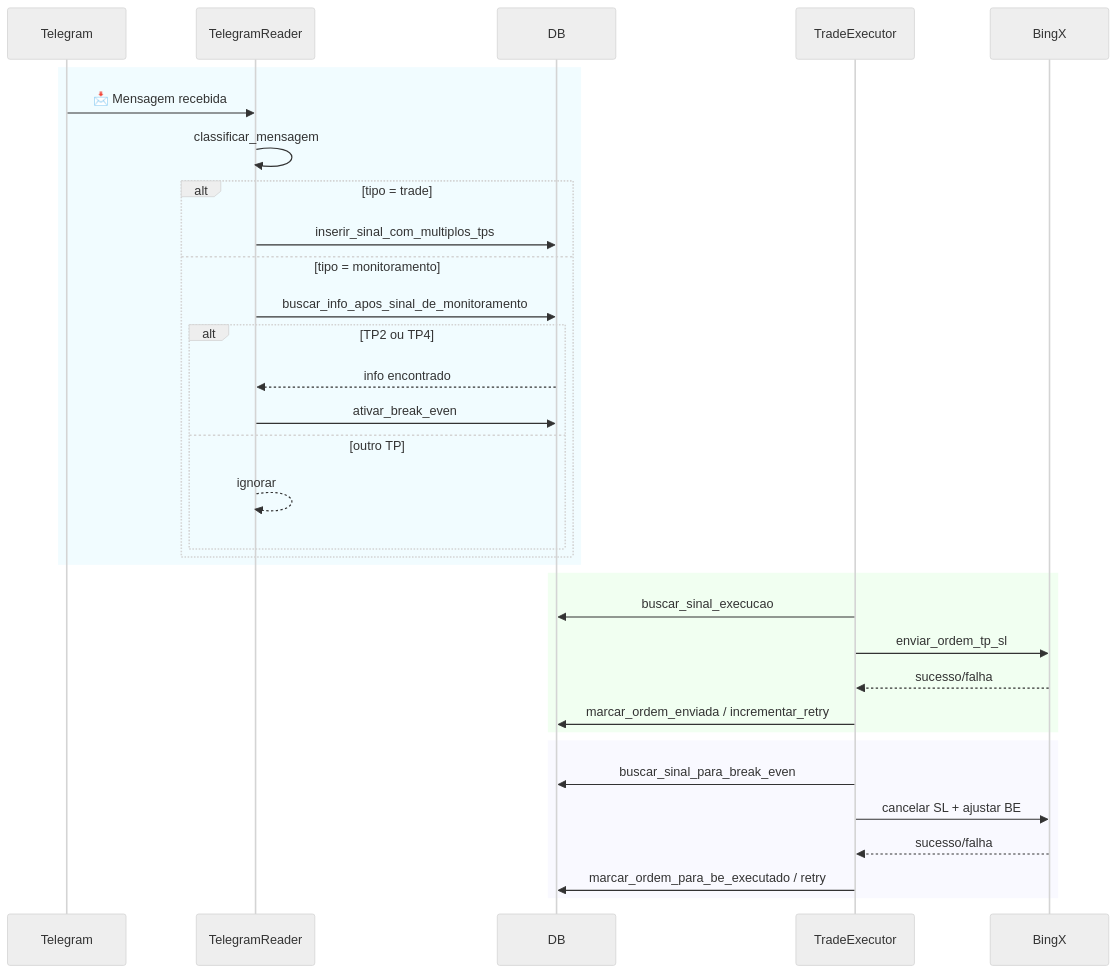
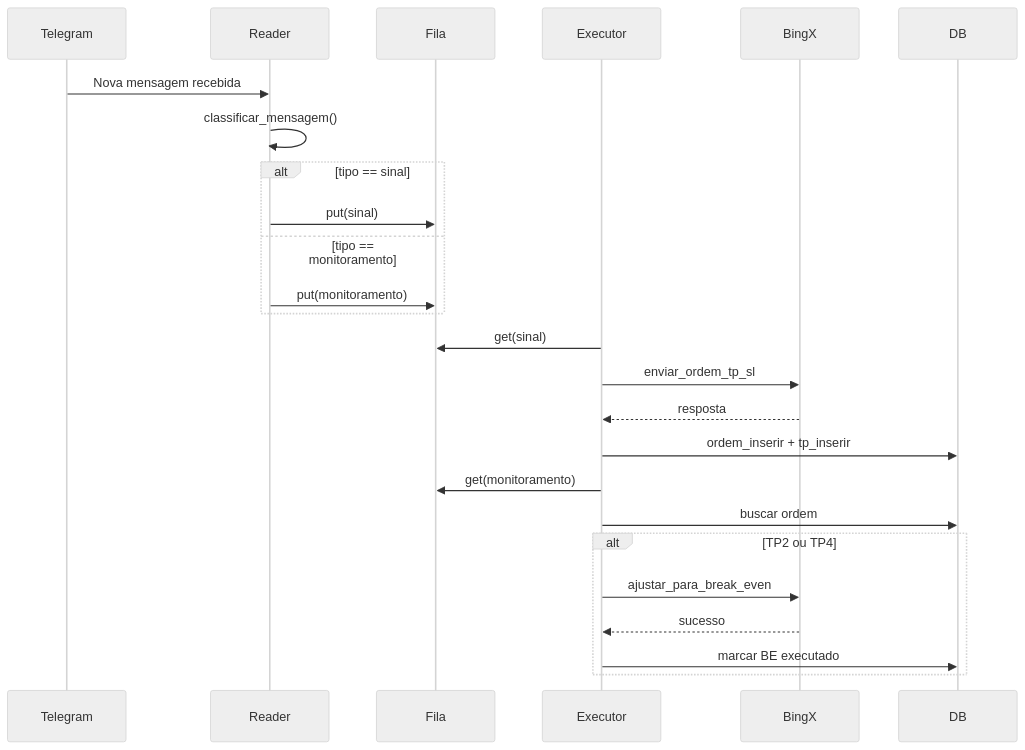
The diagram in README.md (danielfcastro/TelegramReader), drawn with Mermaid before and after one commit. The commit also changed other lines of this file and 35 other files, not shown here.

````diff
--- a/README.md
+++ b/README.md
@@ -242,40 +271,31 @@
 ```mermaid
 %%{ init : { "theme" : "neutral" } }%%
 sequenceDiagram
     participant Telegram
-    participant TelegramReader
+    participant Reader
+    participant Fila
+    participant Executor
+    participant BingX
     participant DB
-    participant TradeExecutor
-    participant BingX
 
-    rect rgba(220, 248, 255, 0.4)
-        Telegram->>TelegramReader: 📩 Mensagem recebida
-        TelegramReader->>TelegramReader: classificar_mensagem
-        alt tipo = trade
-            TelegramReader->>DB: inserir_sinal_com_multiplos_tps
-        else tipo = monitoramento
-            TelegramReader->>DB: buscar_info_apos_sinal_de_monitoramento
-            alt TP2 ou TP4
-                DB-->>TelegramReader: info encontrado
-                TelegramReader->>DB: ativar_break_even
-            else outro TP
-                TelegramReader-->>TelegramReader: ignorar
-            end
-        end
+    Telegram->>Reader: Nova mensagem recebida
+    Reader->>Reader: classificar_mensagem()
+    alt tipo == sinal
+        Reader->>Fila: put(sinal)
+    else tipo == monitoramento
+        Reader->>Fila: put(monitoramento)
     end
 
-    rect rgba(220, 255, 220, 0.4)
-        TradeExecutor->>DB: buscar_sinal_execucao
-        TradeExecutor->>BingX: enviar_ordem_tp_sl
-        BingX-->>TradeExecutor: sucesso/falha
-        TradeExecutor->>DB: marcar_ordem_enviada / incrementar_retry
+    Executor->>Fila: get(sinal)
+    Executor->>BingX: enviar_ordem_tp_sl
+    BingX-->>Executor: resposta
+    Executor->>DB: ordem_inserir + tp_inserir
+
+    Executor->>Fila: get(monitoramento)
+    Executor->>DB: buscar ordem
+    alt TP2 ou TP4
+        Executor->>BingX: ajustar_para_break_even
+        BingX-->>Executor: sucesso
+        Executor->>DB: marcar BE executado
     end
-
-    rect rgba(240, 240, 255, 0.4)
-        TradeExecutor->>DB: buscar_sinal_para_break_even
-        TradeExecutor->>BingX: cancelar SL + ajustar BE
-        BingX-->>TradeExecutor: sucesso/falha
-        TradeExecutor->>DB: marcar_ordem_para_be_executado / retry
-    end
-
 ```
````
